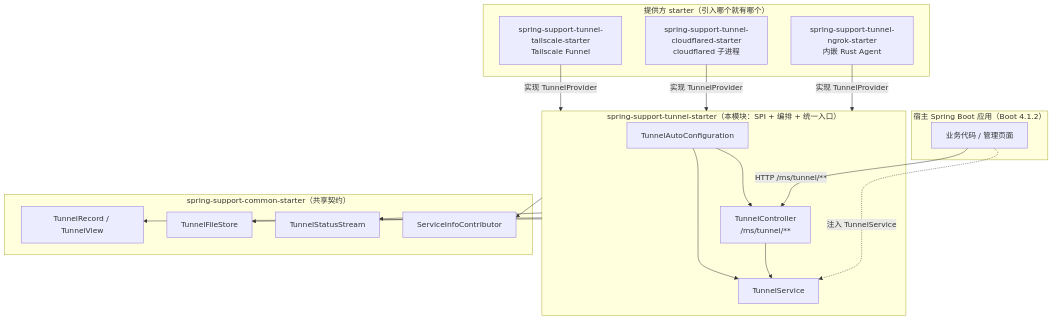
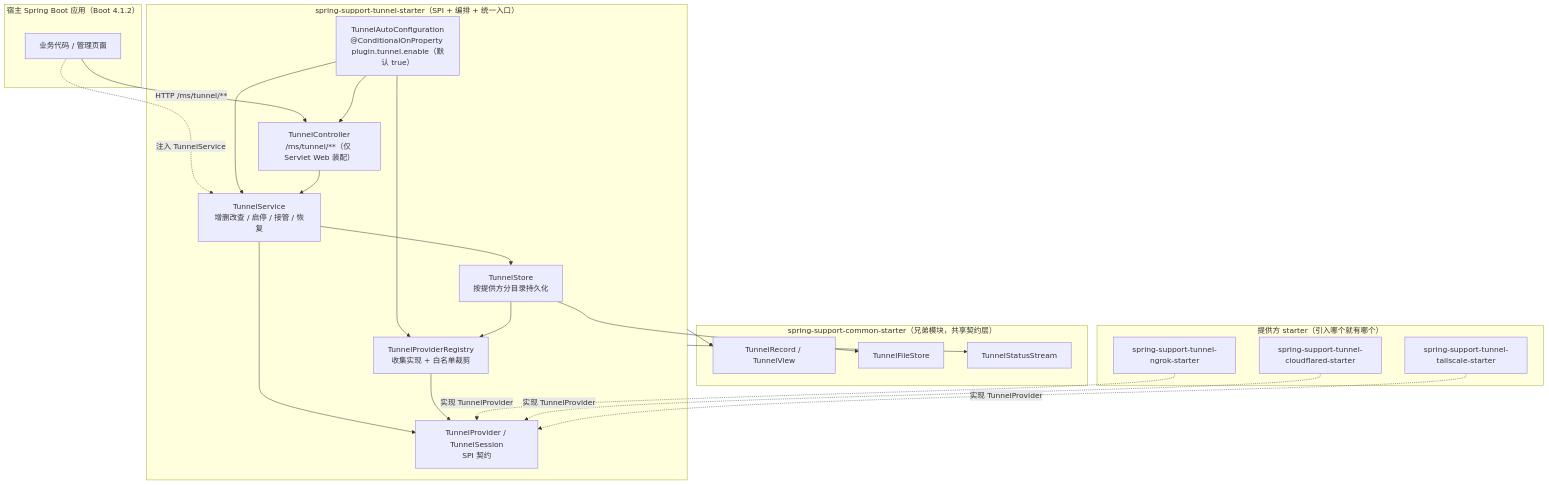
Before and after one commit to CHTK001/spring-support-parent-starter: the first of 2 diagrams in spring-support-tunnel-starter/README.md, drawn with Mermaid. The commit also changed other lines of this file and 54 other files, not shown here.

````diff
--- a/spring-support-tunnel-starter/README.md
+++ b/spring-support-tunnel-starter/README.md
@@ -15,38 +10,44 @@
 ```mermaid
-graph TB
+flowchart TB
     subgraph HOST["宿主 Spring Boot 应用（Boot 4.1.2）"]
         APP["业务代码 / 管理页面"]
     end
 
-    subgraph SELF["spring-support-tunnel-starter（本模块：SPI + 编排 + 统一入口）"]
-        AC["TunnelAutoConfiguration"]
-        CTRL["TunnelController<br/>/ms/tunnel/**"]
-        SVC["TunnelService"]
+    subgraph SELF["spring-support-tunnel-starter（SPI + 编排 + 统一入口）"]
+        AC["TunnelAutoConfiguration<br/>@ConditionalOnProperty plugin.tunnel.enable（默认 true）"]
+        CTRL["TunnelController<br/>/ms/tunnel/**（仅 Servlet Web 装配）"]
+        SVC["TunnelService<br/>增删改查 / 启停 / 接管 / 恢复"]
+        STORE["TunnelStore<br/>按提供方分目录持久化"]
+        REG["TunnelProviderRegistry<br/>收集实现 + 白名单裁剪"]
+        SPI["TunnelProvider / TunnelSession<br/>SPI 契约"]
+    end
+
+    subgraph COMMON["spring-support-common-starter（兄弟模块，共享契约层）"]
+        REC["TunnelRecord / TunnelView"]
+        FSTORE["TunnelFileStore"]
+        SSE["TunnelStatusStream"]
     end
 
     subgraph PROVIDERS["提供方 starter（引入哪个就有哪个）"]
-        NG["spring-support-tunnel-ngrok-starter<br/>内嵌 Rust Agent"]
-        CF["spring-support-tunnel-cloudflared-starter<br/>cloudflared 子进程"]
-        TS["spring-support-tunnel-tailscale-starter<br/>Tailscale Funnel"]
-    end
-
-    subgraph COMMON["spring-support-common-starter（共享契约）"]
-        REC["TunnelRecord / TunnelView"]
-        FSTORE["TunnelFileStore"]
-        SSE["TunnelStatusStream"]
-        SIC["ServiceInfoContributor"]
+        NG["spring-support-tunnel-ngrok-starter"]
+        CF["spring-support-tunnel-cloudflared-starter"]
+        TS["spring-support-tunnel-tailscale-starter"]
     end
 
     APP -->|"HTTP /ms/tunnel/**"| CTRL
     APP -.->|"注入 TunnelService"| SVC
-    CTRL --> SVC
     AC --> CTRL
     AC --> SVC
-    NG -->|"实现 TunnelProvider"| SELF
-    CF -->|"实现 TunnelProvider"| SELF
-    TS -->|"实现 TunnelProvider"| SELF
+    AC --> REG
+    CTRL --> SVC
+    SVC --> STORE
+    SVC --> SPI
+    STORE --> REG
+    STORE --> FSTORE
+    REG --> SPI
     SELF --> REC
-    SELF --> FSTORE
     SELF --> SSE
-    SELF --> SIC
+    NG -.->|"实现 TunnelProvider"| SPI
+    CF -.->|"实现 TunnelProvider"| SPI
+    TS -.->|"实现 TunnelProvider"| SPI
 ```
````
